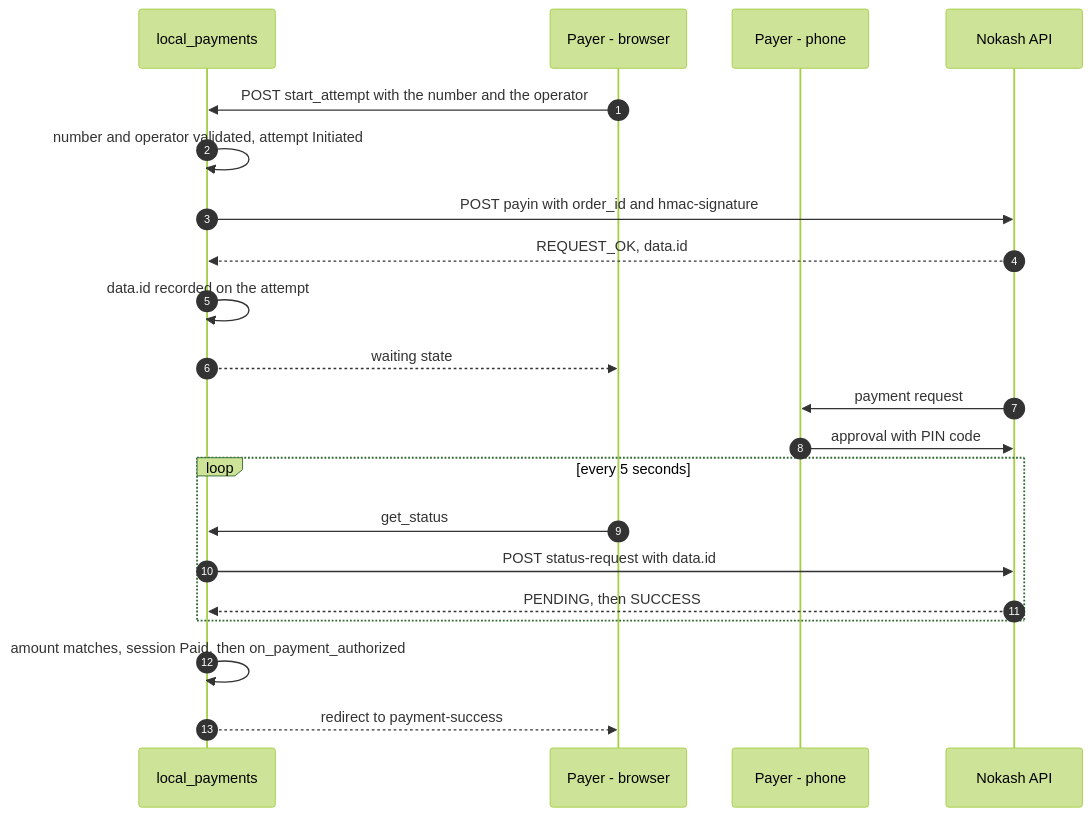
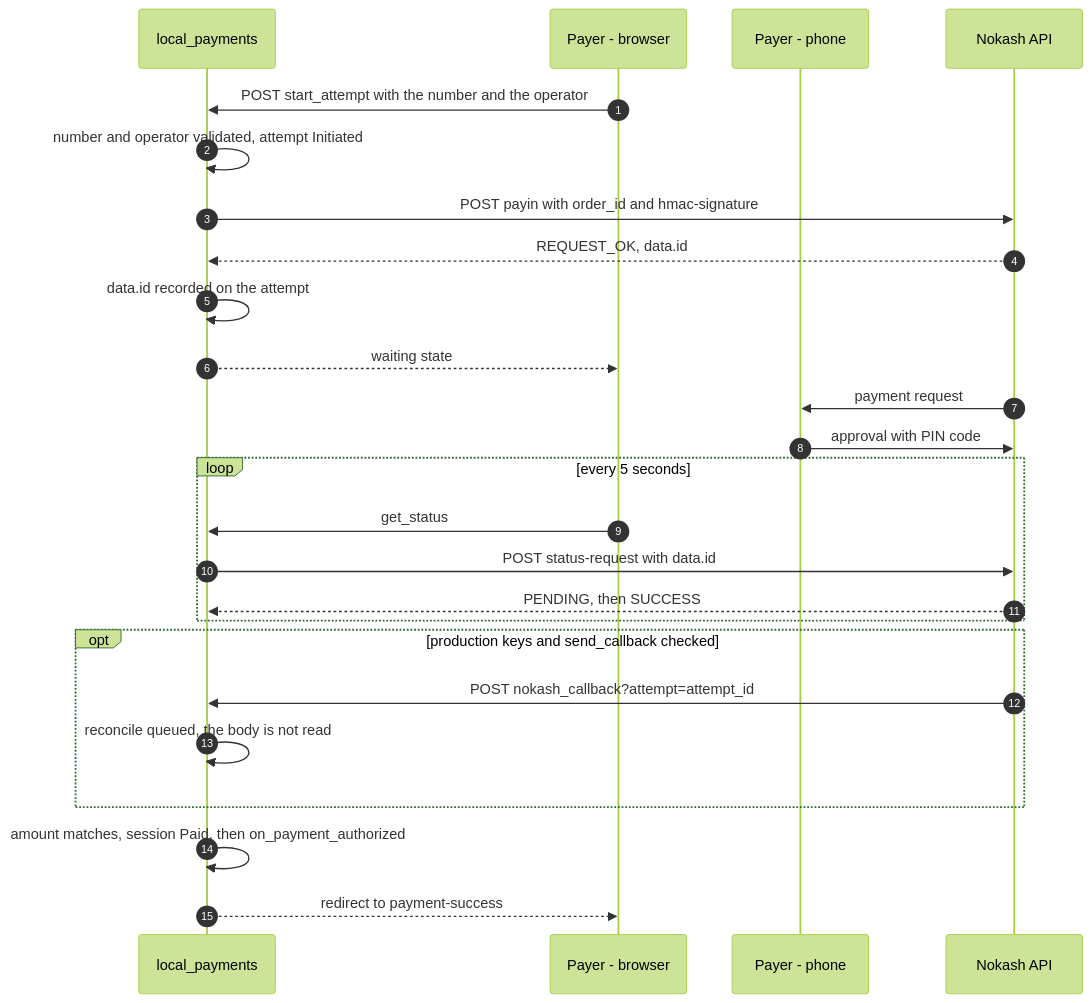
Before and after one commit to skyengpro/local_payments: the diagram in docs/gateways/nokash.md, drawn with Mermaid (forest theme). The commit also changed other lines of this file and 12 other files, not shown here.

````diff
--- a/docs/gateways/nokash.md
+++ b/docs/gateways/nokash.md
@@ -77,24 +89,28 @@
 ```mermaid
 sequenceDiagram
     autonumber
     participant S as local_payments
     participant P as Payer - browser
     participant T as Payer - phone
     participant N as Nokash API
 
     P->>S: POST start_attempt with the number and the operator
     S->>S: number and operator validated, attempt Initiated
     S->>N: POST payin with order_id and hmac-signature
     N-->>S: REQUEST_OK, data.id
     S->>S: data.id recorded on the attempt
     S-->>P: waiting state
     N->>T: payment request
     T->>N: approval with PIN code
     loop every 5 seconds
         P->>S: get_status
         S->>N: POST status-request with data.id
         N-->>S: PENDING, then SUCCESS
     end
+    opt production keys and send_callback checked
+        N->>S: POST nokash_callback?attempt=attempt_id
+        S->>S: reconcile queued, the body is not read
+    end
     S->>S: amount matches, session Paid, then on_payment_authorized
     S-->>P: redirect to payment-success
 ```
````
